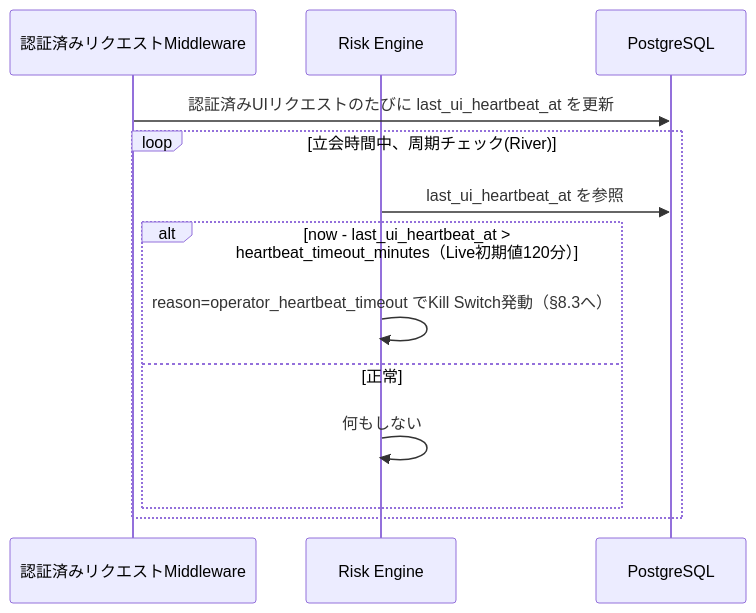
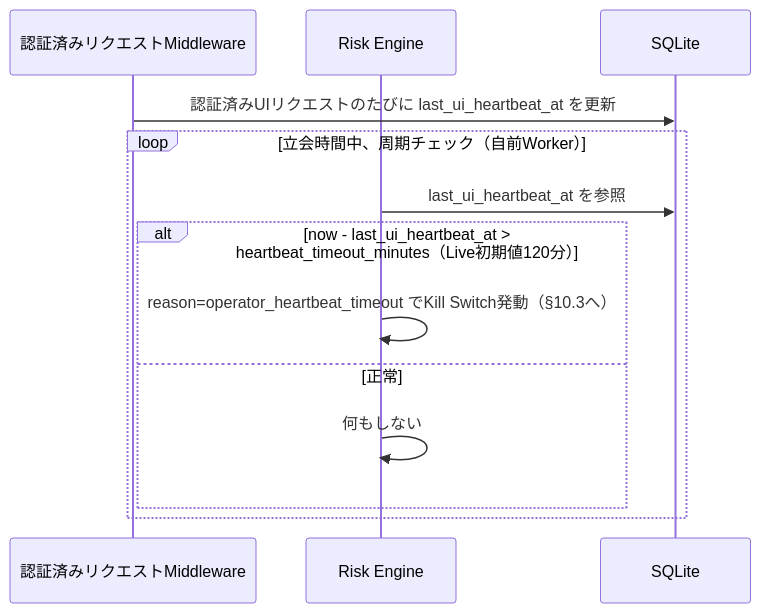
One commit to ousiassllc/pitha-trador changed the sixth of 6 diagrams in docs/architecture/overview.md. Above: the diagram before and after it, drawn with Mermaid. The commit also changed other lines of this file and 5 other files, not shown here.

````diff
--- a/docs/architecture/overview.md
+++ b/docs/architecture/overview.md
@@ -221,16 +298,16 @@
 ```mermaid
 sequenceDiagram
     participant MW as 認証済みリクエストMiddleware
     participant RE as Risk Engine
-    participant DB as PostgreSQL
+    participant DB as SQLite
 
     MW->>DB: 認証済みUIリクエストのたびに last_ui_heartbeat_at を更新
-    loop 立会時間中、周期チェック(River)
+    loop 立会時間中、周期チェック（自前Worker）
         RE->>DB: last_ui_heartbeat_at を参照
         alt now - last_ui_heartbeat_at > heartbeat_timeout_minutes（Live初期値120分）
-            RE->>RE: reason=operator_heartbeat_timeout でKill Switch発動（§8.3へ）
+            RE->>RE: reason=operator_heartbeat_timeout でKill Switch発動（§10.3へ）
         else 正常
             RE->>RE: 何もしない
         end
     end
 ```
````
